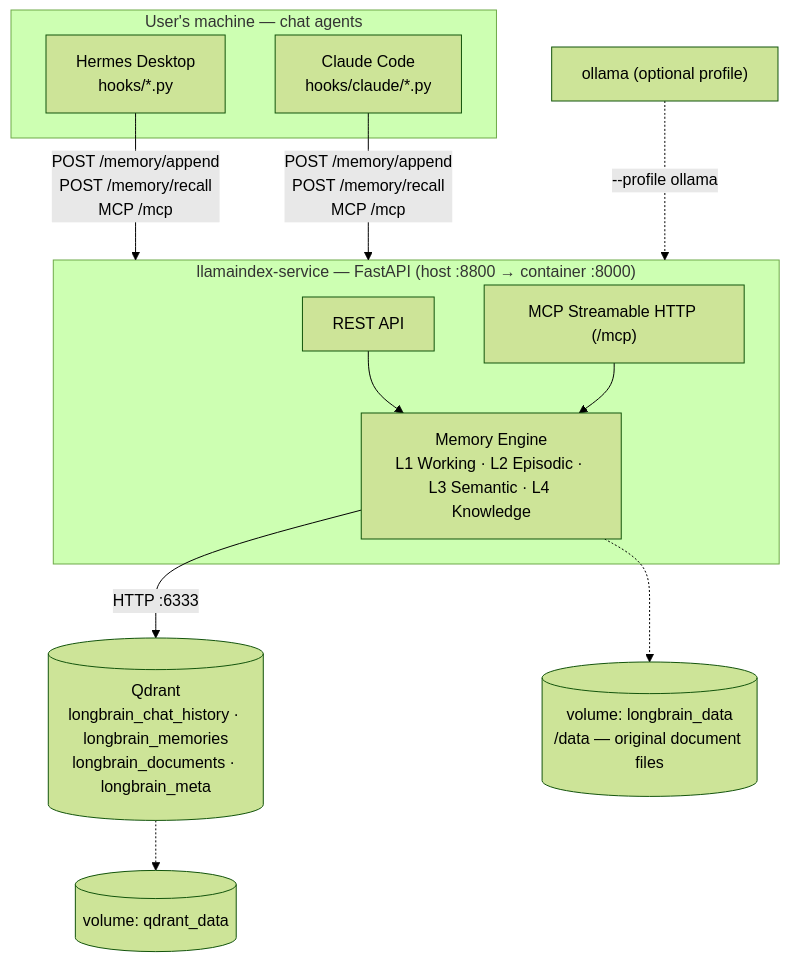
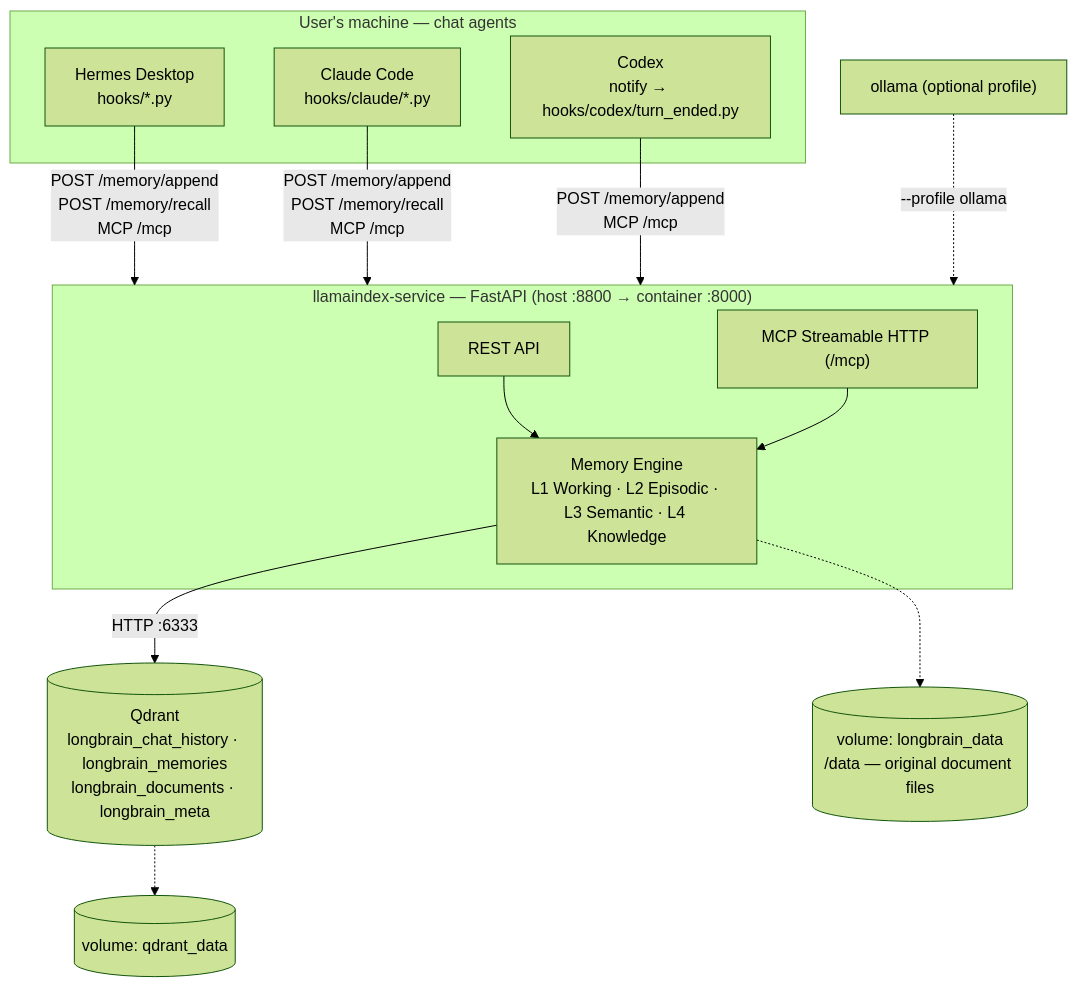
The diagram in README.md (ngocthanh06/longbrain), drawn with Mermaid (forest theme) before and after one commit. The commit also changed other lines of this file and 11 other files, not shown here.

First line of the commit message:
feat(adapters): Codex write adapter — turn-ended notify recording

````diff
--- a/README.md
+++ b/README.md
@@ -45,24 +46,26 @@
 ```mermaid
 flowchart TB
     subgraph Agents["User's machine — chat agents"]
         HD["Hermes Desktop<br/>hooks/*.py"]
         CC["Claude Code<br/>hooks/claude/*.py"]
+        CX["Codex<br/>notify → hooks/codex/turn_ended.py"]
     end
 
     HD -- "POST /memory/append<br/>POST /memory/recall<br/>MCP /mcp" --> SVC
     CC -- "POST /memory/append<br/>POST /memory/recall<br/>MCP /mcp" --> SVC
+    CX -- "POST /memory/append<br/>MCP /mcp" --> SVC
 
     subgraph SVC["llamaindex-service — FastAPI (host :8800 → container :8000)"]
         REST["REST API"]
         MCP["MCP Streamable HTTP (/mcp)"]
         ENGINE["Memory Engine<br/>L1 Working · L2 Episodic · L3 Semantic · L4 Knowledge"]
         REST --> ENGINE
         MCP --> ENGINE
     end
 
     ENGINE -- "HTTP :6333" --> QD[("Qdrant<br/>longbrain_chat_history · longbrain_memories<br/>longbrain_documents · longbrain_meta")]
     QD -.-> VOL[("volume: qdrant_data")]
     ENGINE -.-> DVOL[("volume: longbrain_data<br/>/data — original document files")]
 
     OLLAMA["ollama (optional profile)"] -. "--profile ollama" .-> SVC
 ```
````
